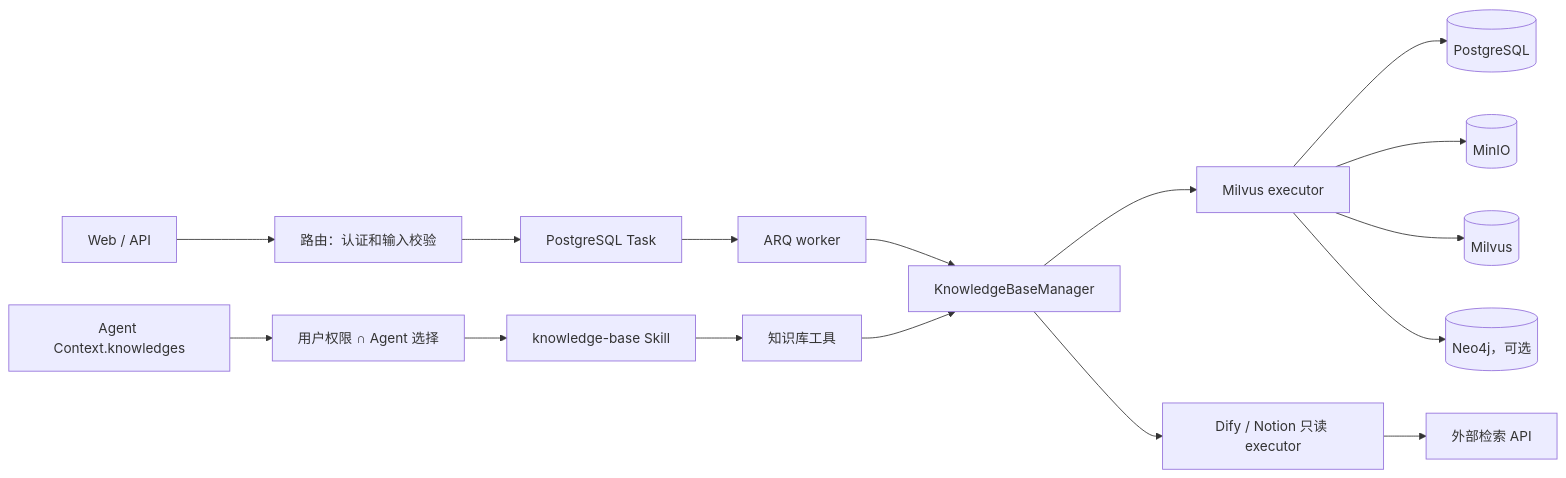
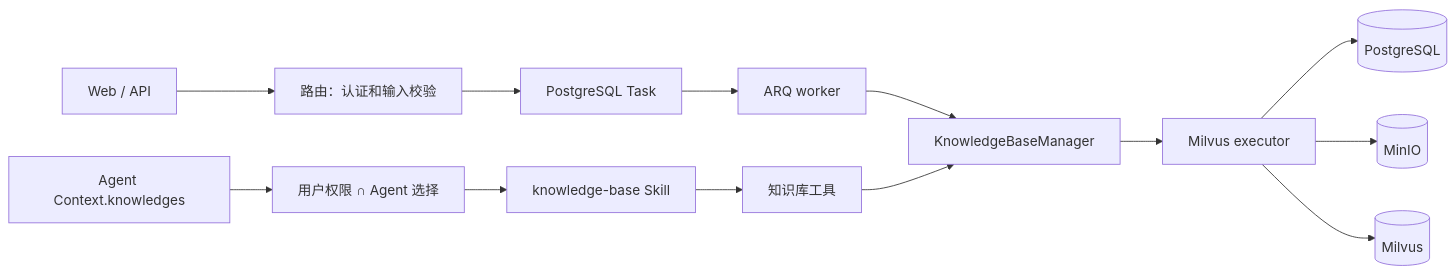
One commit to yuhang-824/ClinEvidence changed the first of 2 diagrams in docs/mechanisms/knowledge-base.md. Above: the diagram before and after it, drawn with Mermaid. The commit also changed other lines of this file and 93 other files, not shown here.

Commit message:
refactor: 移除图谱联网搜索与外部知识库依赖

````diff
--- a/docs/mechanisms/knowledge-base.md
+++ b/docs/mechanisms/knowledge-base.md
@@ -18,19 +17,16 @@
 ```mermaid
 flowchart LR
     UI["Web / API"] --> Router["路由：认证和输入校验"]
     Router --> Task["PostgreSQL Task"]
     Task --> Worker["ARQ worker"]
     Worker --> Manager["KnowledgeBaseManager"]
     Manager --> MilvusKB["Milvus executor"]
-    Manager --> Connector["Dify / Notion 只读 executor"]
     MilvusKB --> PG[("PostgreSQL")]
     MilvusKB --> Object[("MinIO")]
     MilvusKB --> Vector[("Milvus")]
-    MilvusKB --> Graph[("Neo4j，可选")]
-    Connector --> External["外部检索 API"]
 
     Context["Agent Context.knowledges"] --> Visible["用户权限 ∩ Agent 选择"]
     Visible --> Skill["knowledge-base Skill"]
     Skill --> Tools["知识库工具"]
     Tools --> Manager
 ```
````
